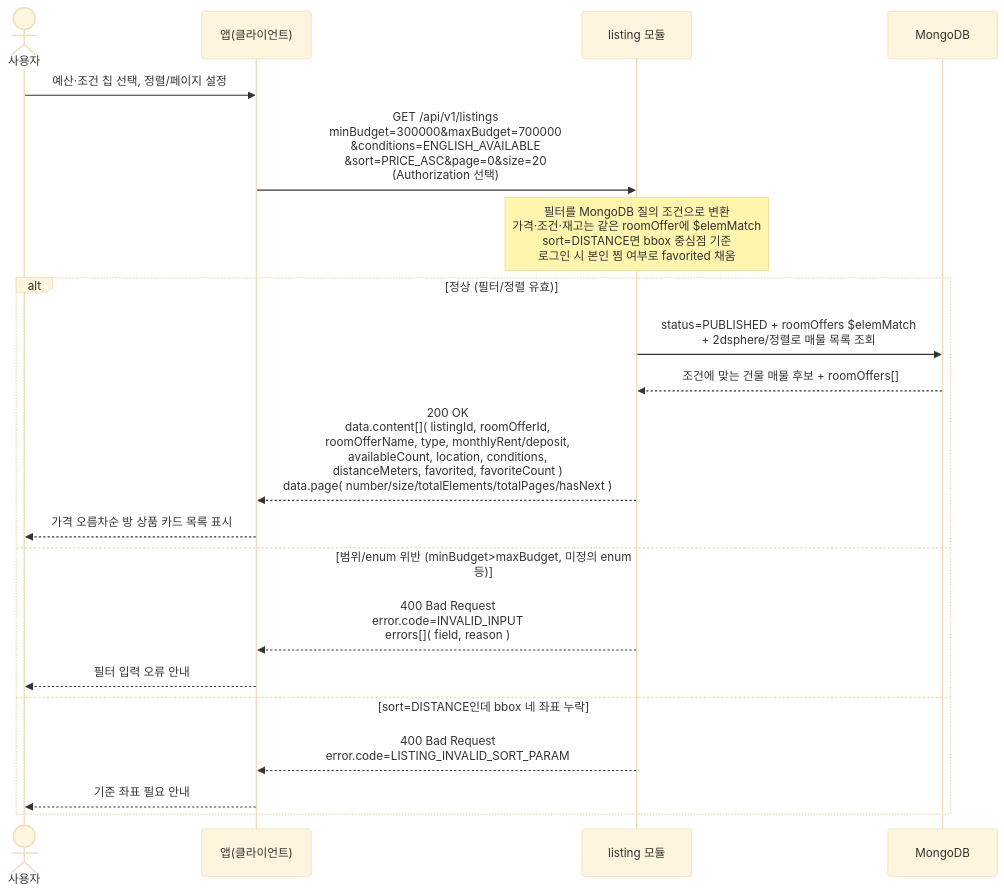
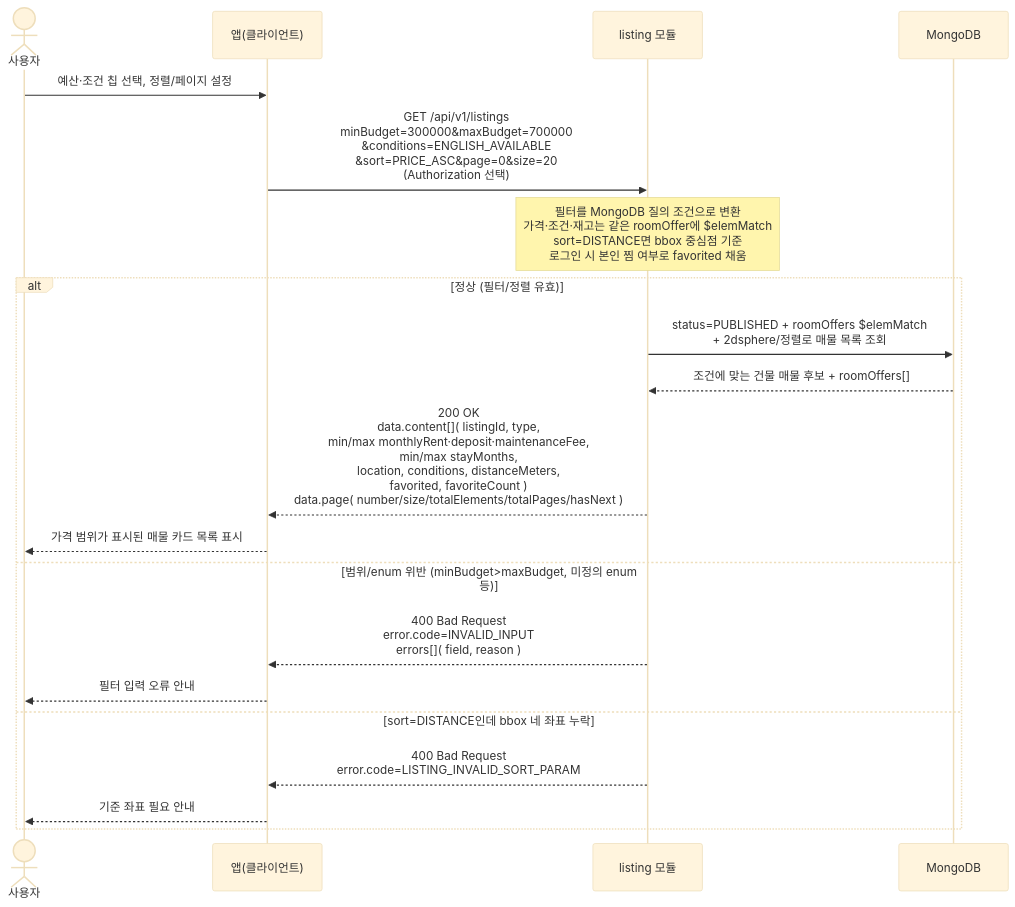
The diagram in docs/architecture/sequence-diagrams/03-listings-favorites/us-3-1-listing-list-explore.md (jameskim9509/Kohere-backend), drawn with Mermaid (base theme) before and after one commit. The commit also changed other lines of this file and 12 other files, not shown here.

````diff
--- a/docs/architecture/sequence-diagrams/03-listings-favorites/us-3-1-listing-list-explore.md
+++ b/docs/architecture/sequence-diagrams/03-listings-favorites/us-3-1-listing-list-explore.md
@@ -5,23 +5,23 @@
 ```mermaid
 sequenceDiagram
     actor U as 사용자
     participant C as 앱(클라이언트)
     participant LIST as listing 모듈
     participant DB as MongoDB
 
     U->>C: 예산·조건 칩 선택, 정렬/페이지 설정
     C->>LIST: GET /api/v1/listings<br/>minBudget=300000&maxBudget=700000<br/>&conditions=ENGLISH_AVAILABLE<br/>&sort=PRICE_ASC&page=0&size=20<br/>(Authorization 선택)
     Note over LIST: 필터를 MongoDB 질의 조건으로 변환<br/>가격·조건·재고는 같은 roomOffer에 $elemMatch<br/>sort=DISTANCE면 bbox 중심점 기준<br/>로그인 시 본인 찜 여부로 favorited 채움
     alt 정상 (필터/정렬 유효)
         LIST->>DB: status=PUBLISHED + roomOffers $elemMatch<br/>+ 2dsphere/정렬로 매물 목록 조회
         DB-->>LIST: 조건에 맞는 건물 매물 후보 + roomOffers[]
-        LIST-->>C: 200 OK<br/>data.content[]( listingId, roomOfferId,<br/>roomOfferName, type, monthlyRent/deposit,<br/>availableCount, location, conditions,<br/>distanceMeters, favorited, favoriteCount )<br/>data.page( number/size/totalElements/totalPages/hasNext )
-        C-->>U: 가격 오름차순 방 상품 카드 목록 표시
+        LIST-->>C: 200 OK<br/>data.content[]( listingId, type,<br/>min/max monthlyRent·deposit·maintenanceFee,<br/>min/max stayMonths,<br/>location, conditions, distanceMeters,<br/>favorited, favoriteCount )<br/>data.page( number/size/totalElements/totalPages/hasNext )
+        C-->>U: 가격 범위가 표시된 매물 카드 목록 표시
     else 범위/enum 위반 (minBudget>maxBudget, 미정의 enum 등)
         LIST-->>C: 400 Bad Request<br/>error.code=INVALID_INPUT<br/>errors[]( field, reason )
         C-->>U: 필터 입력 오류 안내
     else sort=DISTANCE인데 bbox 네 좌표 누락
         LIST-->>C: 400 Bad Request<br/>error.code=LISTING_INVALID_SORT_PARAM
         C-->>U: 기준 좌표 필요 안내
     end
 ```
````
